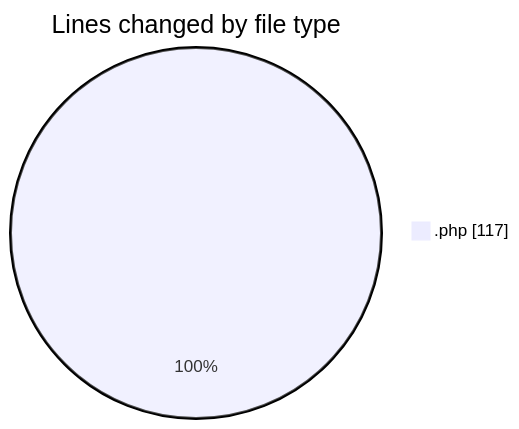
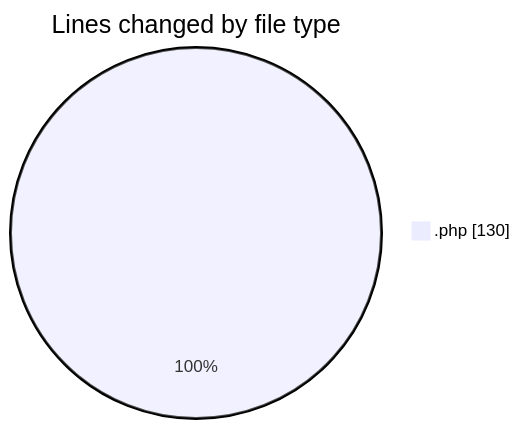
One commit to LanceThiago/code-tracking changed the first of 2 diagrams in 2026-09-10/web/README.md. Above: the diagram before and after it, drawn with Mermaid. The commit also changed other lines of this file and 1 other file, not shown here.

````diff
--- a/2026-09-10/web/README.md
+++ b/2026-09-10/web/README.md
@@ -20,5 +20,5 @@
 ```mermaid
 pie showData
 title Lines changed by file type
-".php" : 117
+".php" : 130
 ```
````
